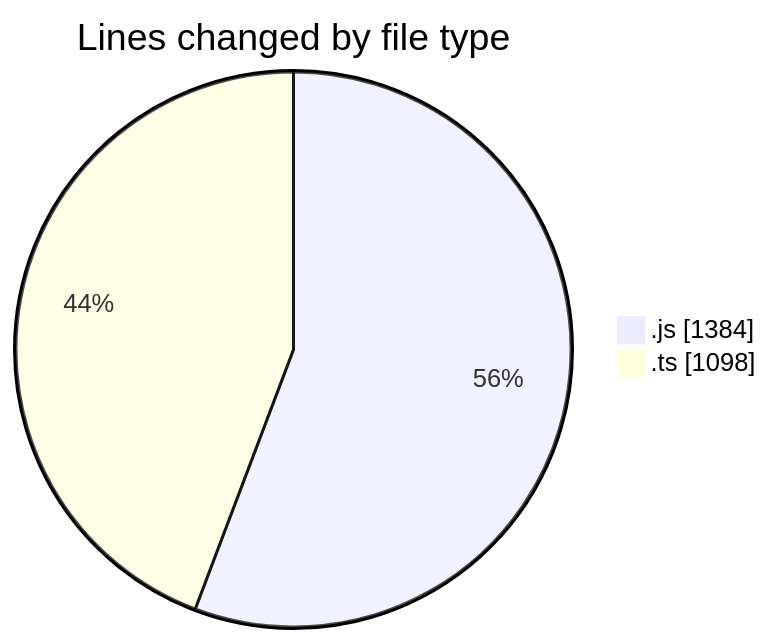
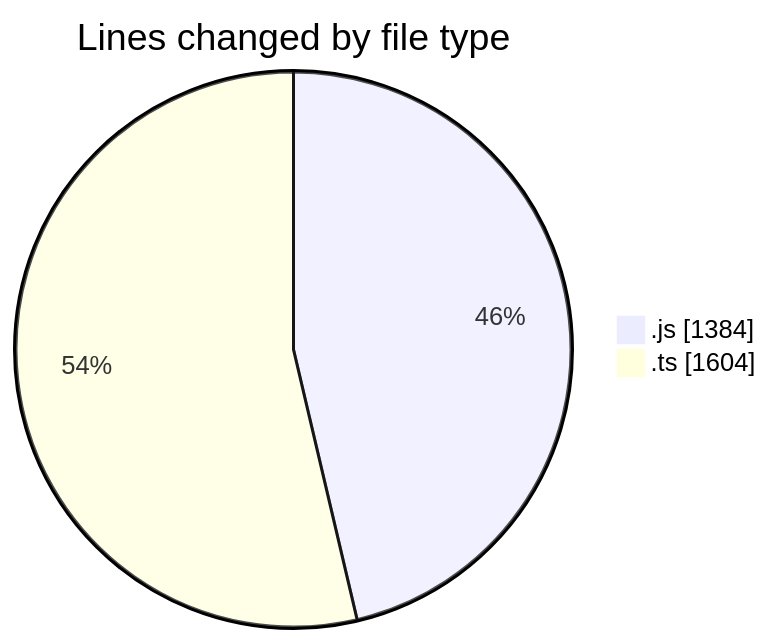
One commit to momahboobian/code-tracking changed the first of 2 diagrams in 2026-02-04/cda/README.md. Above: the diagram before and after it, drawn with Mermaid. The commit also changed other lines of this file and 1 other file, not shown here.

````diff
--- a/2026-02-04/cda/README.md
+++ b/2026-02-04/cda/README.md
@@ -23,6 +23,6 @@
 ```mermaid
 pie showData
 title Lines changed by file type
 ".js" : 1384
-".ts" : 1098
+".ts" : 1604
 ```
````
